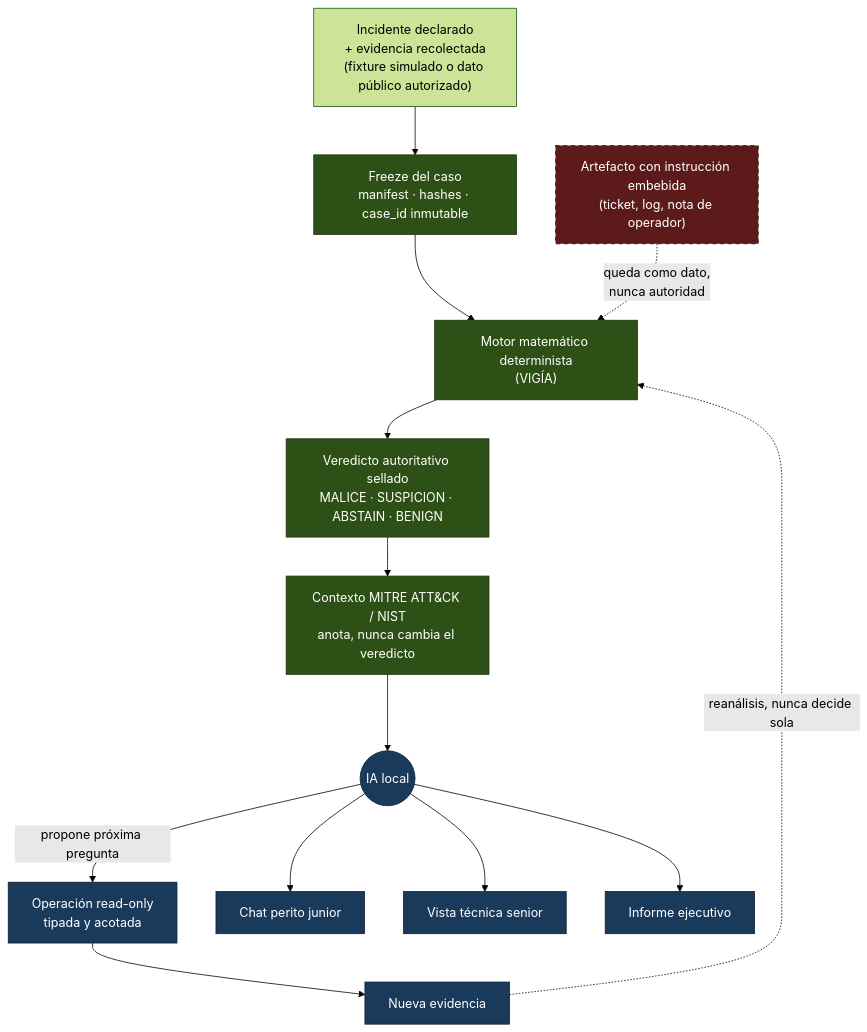
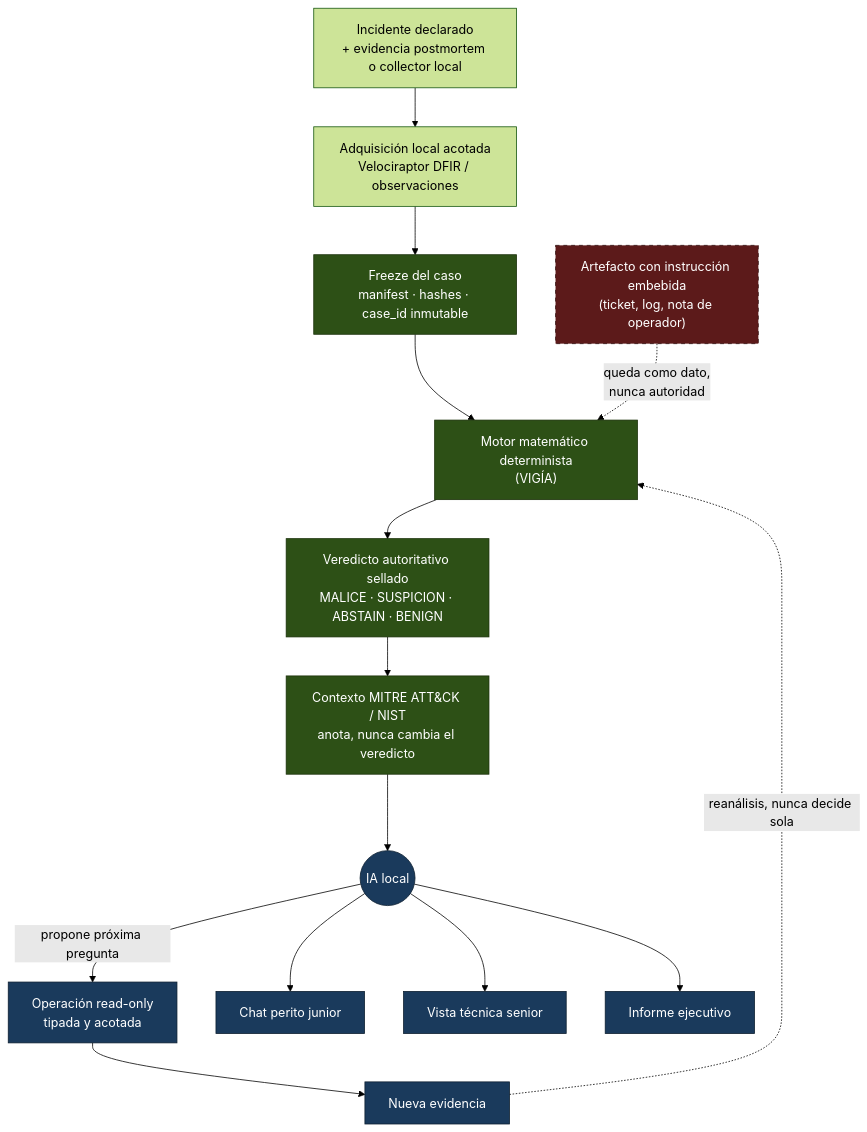
The diagram in README.md (annatchijova/zaynor), drawn with Mermaid (forest theme) before and after one commit. The commit also changed other lines of this file and 2 other files, not shown here.

Commit message:
docs: describe bounded local acquisition honestly

````diff
--- a/README.md
+++ b/README.md
@@ -129,23 +135,24 @@
 ```mermaid
 flowchart TD
-    A["Incidente declarado<br/>+ evidencia recolectada<br/>(fixture simulado o dato público autorizado)"] --> B["Freeze del caso<br/>manifest · hashes · case_id inmutable"]
+    A["Incidente declarado<br/>+ evidencia postmortem o collector local"] --> A2["Adquisición local acotada<br/>Velociraptor DFIR / observaciones"]
+    A2 --> B["Freeze del caso<br/>manifest · hashes · case_id inmutable"]
     B --> C["Motor matemático determinista<br/>(VIGÍA)"]
     C --> D["Veredicto autoritativo sellado<br/>MALICE · SUSPICION · ABSTAIN · BENIGN"]
     D --> E["Contexto MITRE ATT&CK / NIST<br/>anota, nunca cambia el veredicto"]
     E --> F(("IA local"))
     F -->|propone próxima pregunta| G["Operación read-only<br/>tipada y acotada"]
     G --> H["Nueva evidencia"]
     H -.->|reanálisis, nunca decide sola| C
     F --> I["Chat perito junior"]
     F --> J["Vista técnica senior"]
     F --> K["Informe ejecutivo"]
 
     X["Artefacto con instrucción embebida<br/>(ticket, log, nota de operador)"] -. queda como dato,<br/>nunca autoridad .-> C
 
     classDef authoritative fill:#2d5016,stroke:#1a3009,color:#fff
     classDef ai fill:#1a3a5c,stroke:#0d1f30,color:#fff
     classDef adversarial fill:#5c1a1a,stroke:#300d0d,color:#fff,stroke-dasharray: 5 5
     class B,C,D,E authoritative
     class F,G,H,I,J,K ai
     class X adversarial
 ```
````
